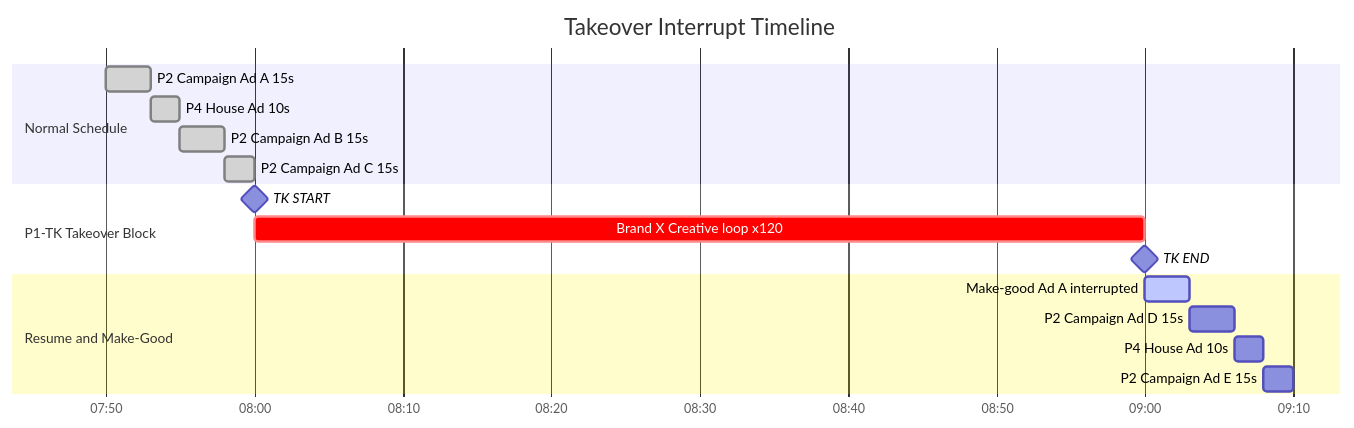
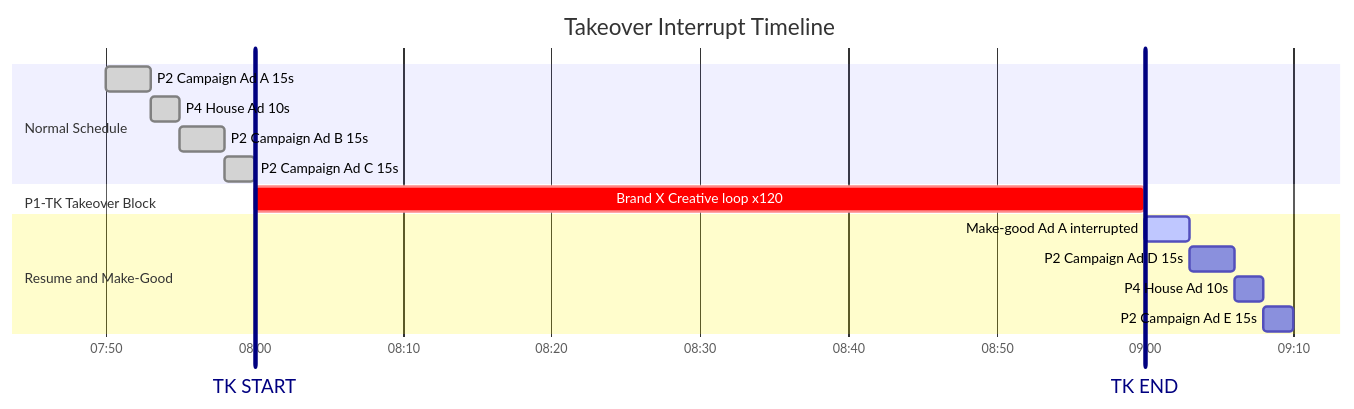
One commit to wasikarn/jira-generator changed the diagram in scripts/diagrams/08-3-takeover-gantt.mmd. Above: the diagram before and after it, drawn with Mermaid. The commit also changed 1 other file, not shown here.

Commit message:
fix: convert gantt boundary milestones to vert lines for visual clarity
Replace TK START/END and ET Window open/close markers from `:milestone`
(diamond shape) to `:vert` (vertical reference line) so time boundaries
are visually distinct from event milestones (PoP sent, ET Target).
Also add `tickInterval 30second` to HH:mm:ss gantt diagrams.

Affects: 08-3-takeover-gantt.mmd (section 8) and build_page_14 inline
gantts (UC-TK-1, UC-ET-1, UC-ET-2).

```diff
--- a/scripts/diagrams/08-3-takeover-gantt.mmd
+++ b/scripts/diagrams/08-3-takeover-gantt.mmd
@@ -1,22 +1,22 @@
 gantt
     title Takeover Interrupt Timeline
     dateFormat HH:mm
     axisFormat %H:%M
     tickInterval 10minute
 
     section Normal Schedule
     P2 Campaign Ad A 15s         :done, n1, 07:50, 3m
     P4 House Ad 10s              :done, n2, 07:53, 2m
     P2 Campaign Ad B 15s         :done, n3, 07:55, 3m
     P2 Campaign Ad C 15s         :done, n4, 07:58, 2m
 
     section P1-TK Takeover Block
-    TK START                     :milestone, ms1, 08:00, 0m
+    TK START                     :vert, ms1, 08:00, 1m
     Brand X Creative loop x120   :crit, tk, 08:00, 60m
-    TK END                       :milestone, ms2, 09:00, 0m
+    TK END                       :vert, ms2, 09:00, 1m
 
     section Resume and Make-Good
     Make-good Ad A interrupted   :active, mg1, 09:00, 3m
     P2 Campaign Ad D 15s         :r1, 09:03, 3m
     P4 House Ad 10s              :r2, 09:06, 2m
     P2 Campaign Ad E 15s         :r3, 09:08, 2m
```
